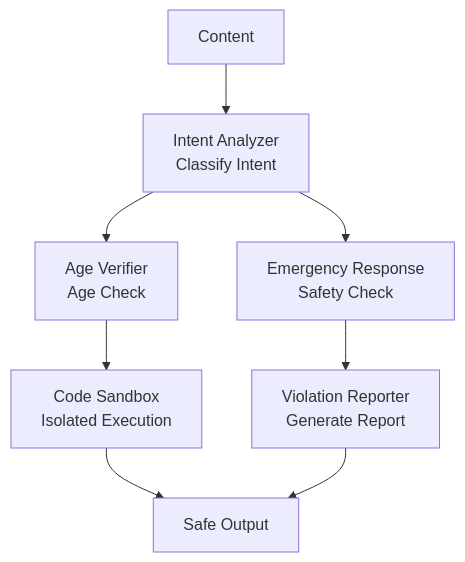
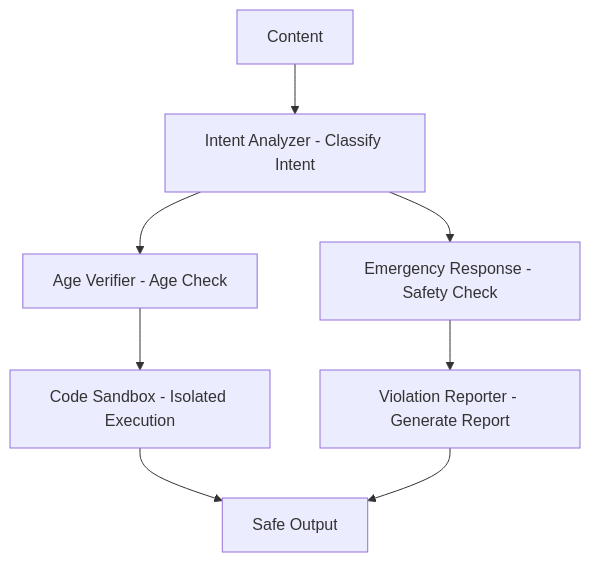
Before and after one commit to LifeJiggy/Rules-Emerging-Pattern: diagram 14 of 18 in README.md, drawn with Mermaid. The commit also changed other lines of this file, not shown here.

Commit message:
Fix Mermaid diagrams for GitHub rendering - remove theme directives, emoji, subgraph titles, and br tags

````diff
--- a/README.md
+++ b/README.md
@@ -368,11 +367,11 @@
 ```mermaid
 flowchart TD
-    Input["Content"] --> IA["Intent Analyzer<br/>Classify Intent"]
-    IA --> AV["Age Verifier<br/>Age Check"]
-    IA --> ER["Emergency Response<br/>Safety Check"]
-    AV --> Sandbox["Code Sandbox<br/>Isolated Execution"]
-    ER --> Reporter["Violation Reporter<br/>Generate Report"]
+    Input["Content"] --> IA["Intent Analyzer - Classify Intent"]
+    IA --> AV["Age Verifier - Age Check"]
+    IA --> ER["Emergency Response - Safety Check"]
+    AV --> Sandbox["Code Sandbox - Isolated Execution"]
+    ER --> Reporter["Violation Reporter - Generate Report"]
     Sandbox --> Output
     Reporter --> Output
     Output["Safe Output"]
 ```
````
